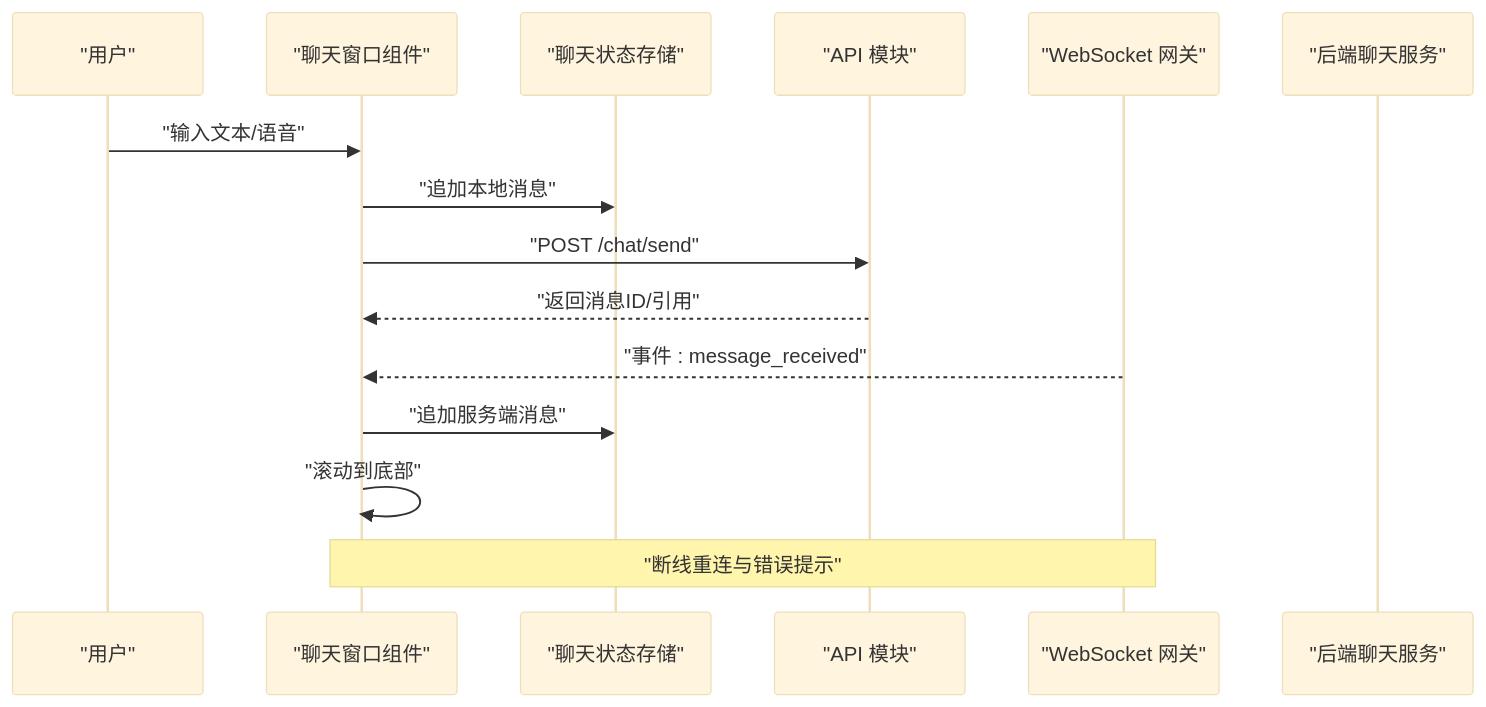
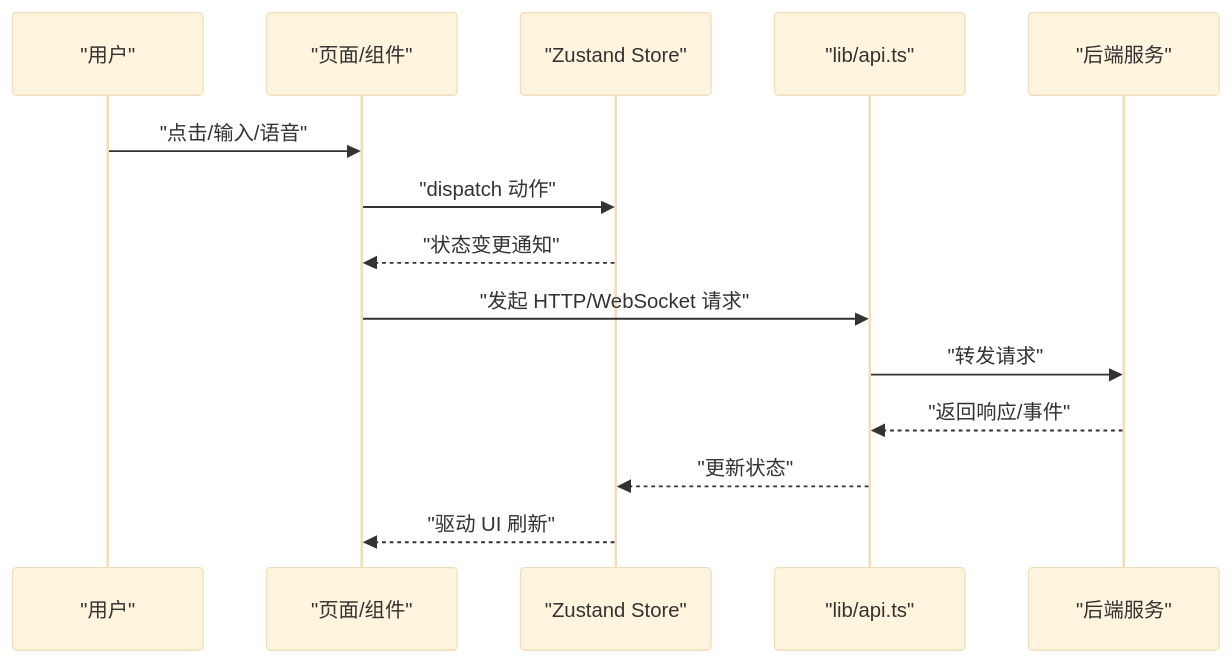
Before and after one commit to zmdhdu/NexusCockpit: the second of 8 diagrams in .qoder/repowiki/zh/content/前端应用架构/前端应用架构.md, drawn with Mermaid (base theme). The commit also changed other lines of this file and 478 other files, not shown here.

````diff
--- a/.qoder/repowiki/zh/content/前端应用架构/前端应用架构.md
+++ b/.qoder/repowiki/zh/content/前端应用架构/前端应用架构.md
@@ -265,17 +324,16 @@
 ```mermaid
 sequenceDiagram
 participant U as "用户"
-participant CW as "聊天窗口组件"
-participant CS as "聊天状态存储"
-participant API as "API 模块"
-participant WS as "WebSocket 网关"
-participant BE as "后端聊天服务"
-U->>CW : "输入文本/语音"
-CW->>CS : "追加本地消息"
-CW->>API : "POST /chat/send"
-API-->>CW : "返回消息ID/引用"
-WS-->>CW : "事件 : message_received"
-CW->>CS : "追加服务端消息"
-CW->>CW : "滚动到底部"
-Note over CW,WS : "断线重连与错误提示"
+participant UI as "页面/组件"
+participant Store as "Zustand Store"
+participant Lib as "lib/api.ts"
+participant Srv as "后端服务"
+U->>UI : "点击/输入/语音"
+UI->>Store : "dispatch 动作"
+Store-->>UI : "状态变更通知"
+UI->>Lib : "发起 HTTP/WebSocket 请求"
+Lib->>Srv : "转发请求"
+Srv-->>Lib : "返回响应/事件"
+Lib-->>Store : "更新状态"
+Store-->>UI : "驱动 UI 刷新"
 ```
````
